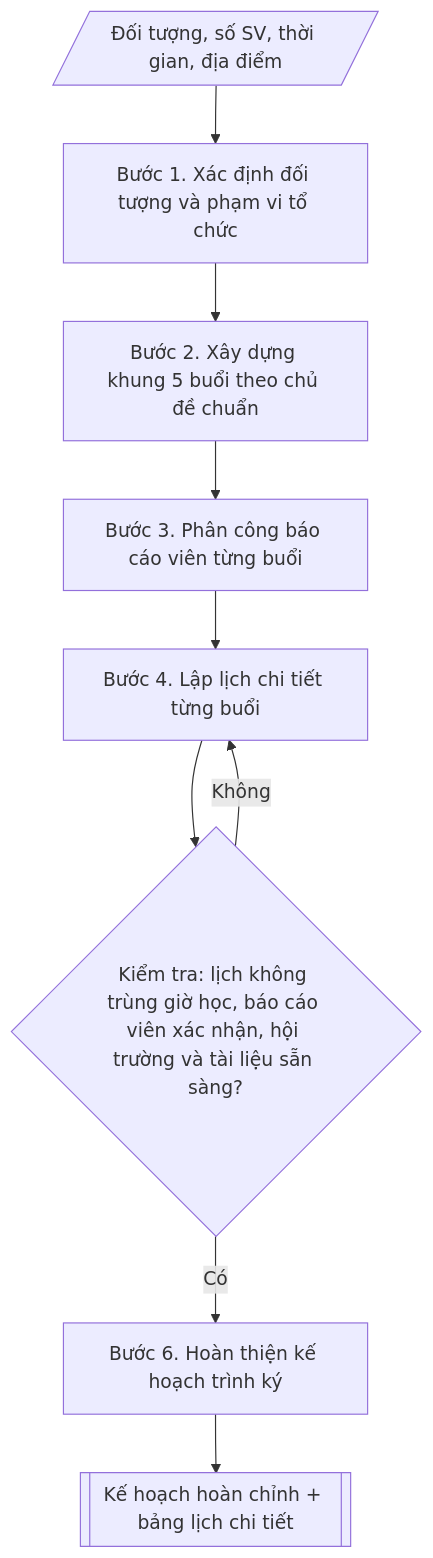
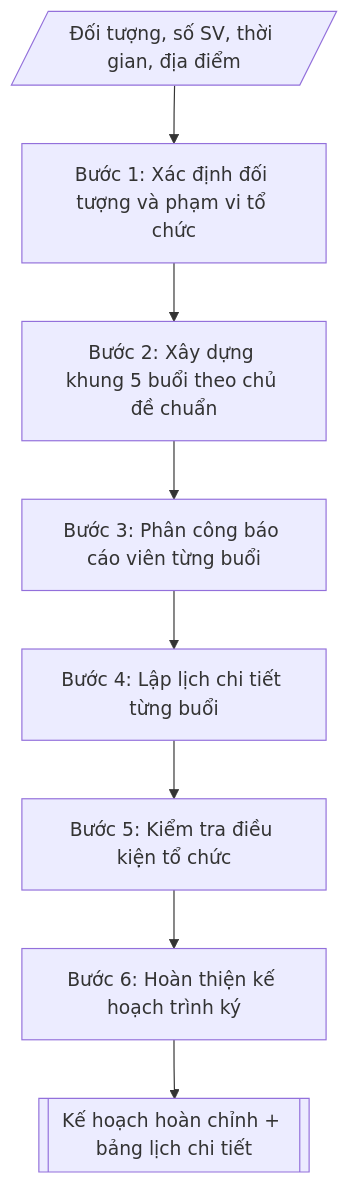
One commit to phamtruong91/dh-skills changed the diagram in skills/ke-hoach-tuan-shcd/SKILL.md. Above: the diagram before and after it, drawn with Mermaid. The commit also changed 124 other files, not shown here.

````diff
--- a/skills/ke-hoach-tuan-shcd/SKILL.md
+++ b/skills/ke-hoach-tuan-shcd/SKILL.md
@@ -107,12 +107,10 @@
 ```mermaid
 flowchart TD
-    IN[/"Đối tượng, số SV, thời gian, địa điểm"/]
-    IN --> A["Bước 1. Xác định đối tượng và phạm vi tổ chức"]
-    A --> B["Bước 2. Xây dựng khung 5 buổi theo chủ đề chuẩn"]
-    B --> C["Bước 3. Phân công báo cáo viên từng buổi"]
-    C --> D["Bước 4. Lập lịch chi tiết từng buổi"]
-    D --> E{"Kiểm tra: lịch không trùng giờ học, báo cáo viên xác nhận, hội trường và tài liệu sẵn sàng?"}
-    E -->|Không| D
-    E -->|Có| F["Bước 6. Hoàn thiện kế hoạch trình ký"]
-    F --> OUT[["Kế hoạch hoàn chỉnh + bảng lịch chi tiết"]]
+    IN[/"Đối tượng, số SV, thời gian, địa điểm"/] --> B1["Bước 1: Xác định đối tượng và phạm vi tổ chức"]
+    B1 --> B2["Bước 2: Xây dựng khung 5 buổi theo chủ đề chuẩn"]
+    B2 --> B3["Bước 3: Phân công báo cáo viên từng buổi"]
+    B3 --> B4["Bước 4: Lập lịch chi tiết từng buổi"]
+    B4 --> B5["Bước 5: Kiểm tra điều kiện tổ chức"]
+    B5 --> B6["Bước 6: Hoàn thiện kế hoạch trình ký"]
+    B6 --> OUT[["Kế hoạch hoàn chỉnh + bảng lịch chi tiết"]]
 ```
````
